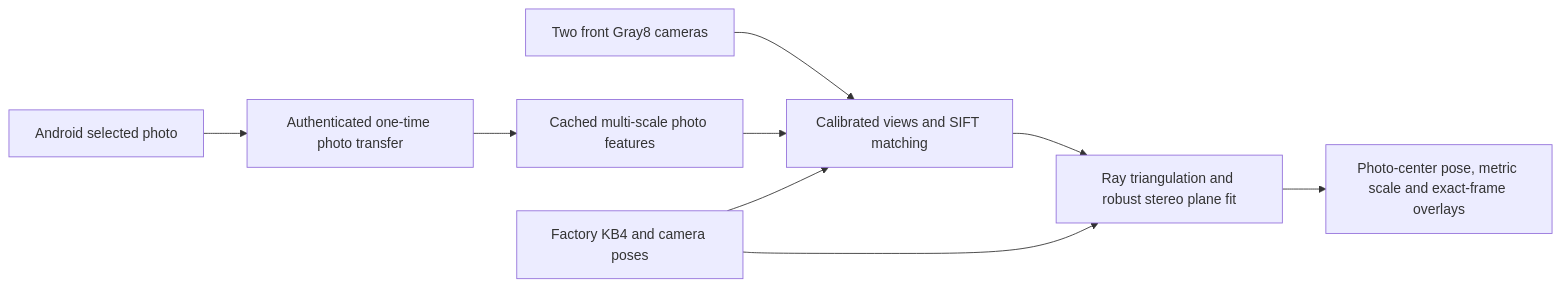
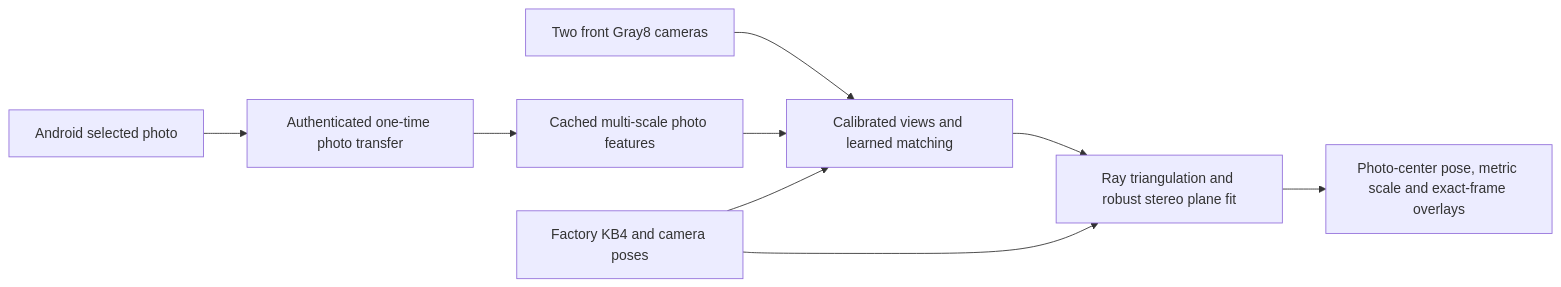
The diagram in frame/docs/ARCHITECTURE.md (MarkEScheidker/FramePhone), drawn with Mermaid before and after one commit. The commit also changed other lines of this file and 32 other files, not shown here.

````diff
--- a/frame/docs/ARCHITECTURE.md
+++ b/frame/docs/ARCHITECTURE.md
@@ -8,11 +8,11 @@
 ```mermaid
 flowchart LR
     Phone[Android selected photo] --> TLS[Authenticated one-time photo transfer]
     TLS --> Reference[Cached multi-scale photo features]
-    Camera[Two front Gray8 cameras] --> Matcher[Calibrated views and SIFT matching]
+    Camera[Two front Gray8 cameras] --> Matcher[Calibrated views and learned matching]
     Reference --> Matcher
     Calibration[Factory KB4 and camera poses] --> Matcher
     Matcher --> Solver[Ray triangulation and robust stereo plane fit]
     Calibration --> Solver
     Solver --> Output[Photo-center pose, metric scale and exact-frame overlays]
 ```
````
